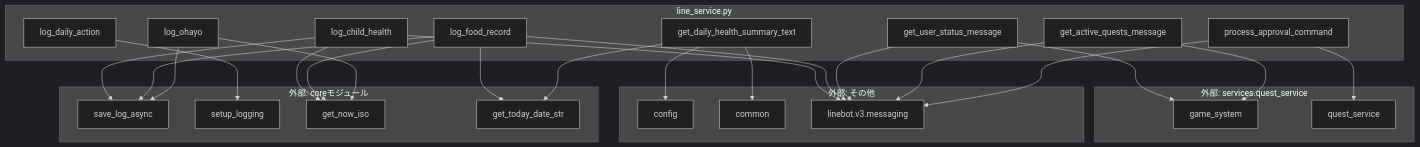
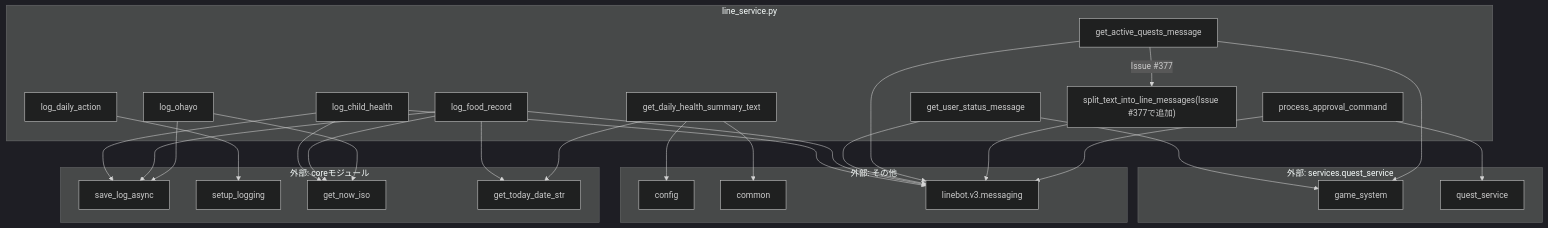
One commit to mmtigers/my_python_project changed the second of 2 diagrams in docs/specifications/MY_HOME_SYSTEM/line_service.md. Above: the diagram before and after it, drawn with Mermaid (dark theme). The commit also changed other lines of this file and 5 other files, not shown here.

````diff
--- a/docs/specifications/MY_HOME_SYSTEM/line_service.md
+++ b/docs/specifications/MY_HOME_SYSTEM/line_service.md
@@ -283,59 +310,62 @@
 ```mermaid
 graph TD
     subgraph "line_service.py"
         log_child_health
         log_food_record
         log_daily_action
         log_ohayo
         get_daily_health_summary_text
         get_user_status_message
         get_active_quests_message
         process_approval_command
+        split_text_into_line_messages["split_text_into_line_messages(Issue #377で追加)"]
     end
 
     subgraph "外部: coreモジュール"
         save_log_async
         setup_logging
         get_now_iso
         get_today_date_str
     end
 
     subgraph "外部: services.quest_service"
         game_system
         quest_service
     end
 
     subgraph "外部: その他"
         config
         common
         linebot_v3_messaging[linebot.v3.messaging]
     end
 
     log_child_health --> save_log_async
     log_child_health --> get_now_iso
     log_child_health --> linebot_v3_messaging
 
     log_food_record --> save_log_async
     log_food_record --> get_today_date_str
     log_food_record --> get_now_iso
     log_food_record --> linebot_v3_messaging
 
     log_daily_action --> setup_logging
 
     log_ohayo --> save_log_async
     log_ohayo --> get_now_iso
 
     get_daily_health_summary_text --> get_today_date_str
     get_daily_health_summary_text --> common
     get_daily_health_summary_text --> config
 
     get_user_status_message --> game_system
     get_user_status_message --> linebot_v3_messaging
 
     get_active_quests_message --> game_system
     get_active_quests_message --> linebot_v3_messaging
+    get_active_quests_message -->|Issue #377| split_text_into_line_messages
+    split_text_into_line_messages --> linebot_v3_messaging
 
     process_approval_command --> quest_service
     process_approval_command --> linebot_v3_messaging
 
 ```
````
